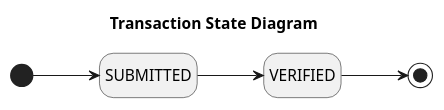
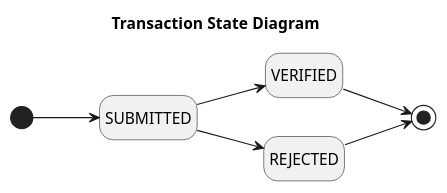
The diagram in docs/diagrams/transaction-state.puml (zainfathoni/kelas.rumahberbagi.com), drawn with PlantUML before and after one commit. The commit also changed 3 other files, not shown here.

```diff
--- a/docs/diagrams/transaction-state.puml
+++ b/docs/diagrams/transaction-state.puml
@@ -1,9 +1,11 @@
 @startuml "Transaction State Diagram"
 title Transaction State Diagram
 hide empty description
 left to right direction
 
 [*] --> SUBMITTED
 SUBMITTED --> VERIFIED
+SUBMITTED --> REJECTED
 VERIFIED --> [*]
+REJECTED --> [*]
 @enduml
```
